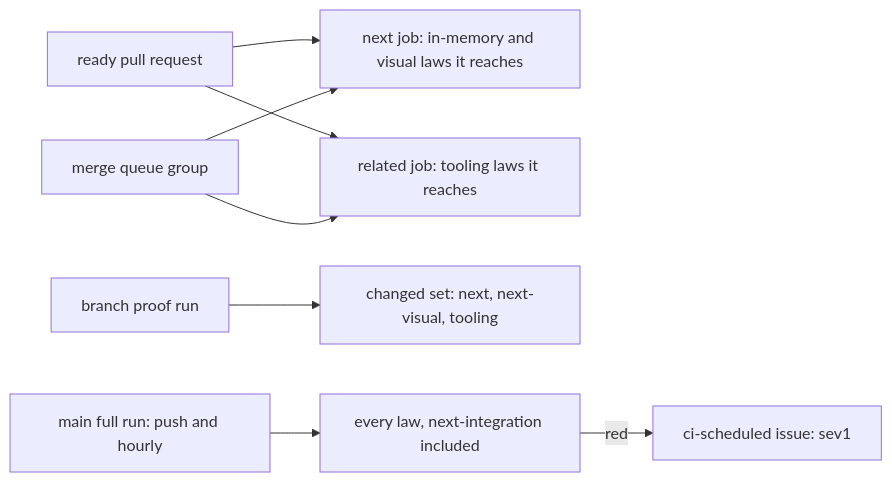
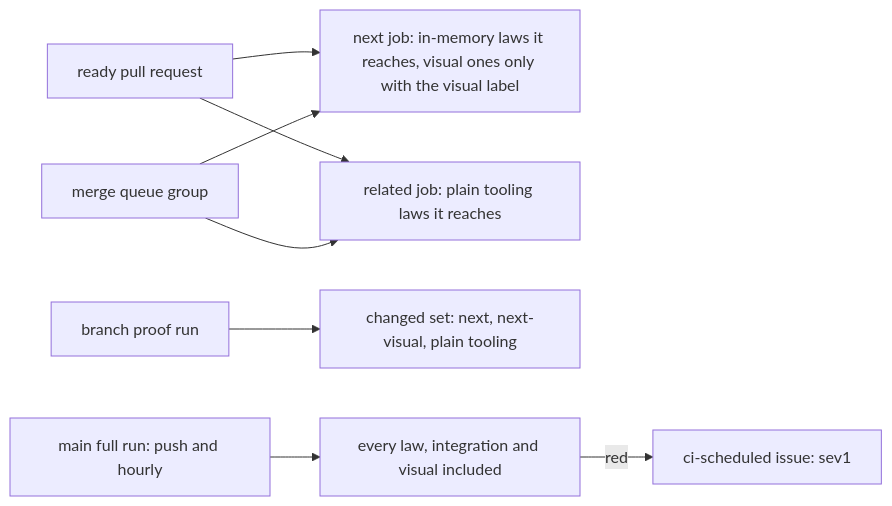
Before and after one commit to kamp-us/tea-fabrika: the second of 2 diagrams in .decisions/0602-integration-laws-leave-merge-line.md, drawn with Mermaid. The commit also changed other lines of this file, not shown here.

First line of the commit message:
Decision 0602 covers visual laws and tooling integration files too

````diff
--- a/.decisions/0602-integration-laws-leave-merge-line.md
+++ b/.decisions/0602-integration-laws-leave-merge-line.md
@@ -26,10 +26,10 @@
 ```mermaid
 flowchart LR
-  pr["ready pull request"] --> next["next job: in-memory and visual laws it reaches"]
+  pr["ready pull request"] --> next["next job: in-memory laws it reaches, visual ones only with the visual label"]
   queue["merge queue group"] --> next
-  pr --> related["related job: tooling laws it reaches"]
+  pr --> related["related job: plain tooling laws it reaches"]
   queue --> related
-  proof["branch proof run"] --> changed["changed set: next, next-visual, tooling"]
-  main["main full run: push and hourly"] --> all["every law, next-integration included"]
+  proof["branch proof run"] --> changed["changed set: next, next-visual, plain tooling"]
+  main["main full run: push and hourly"] --> all["every law, integration and visual included"]
   all -- red --> issue["ci-scheduled issue: sev1"]
 ```
````
